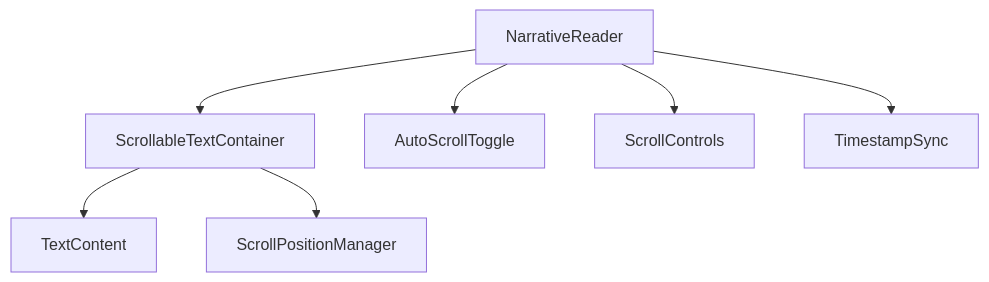
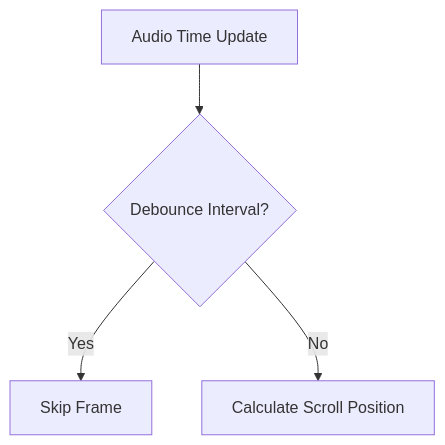
Before and after one commit to elsinore24/digitalhorizon2.3: the diagram in narrative-scroll-implementation-plan.md, drawn with Mermaid. The commit also changed other lines of this file and 2 other files, not shown here.

````diff
--- a/narrative-scroll-implementation-plan.md
+++ b/narrative-scroll-implementation-plan.md
@@ -10,9 +12,6 @@
 ```mermaid
 graph TD
-    A[NarrativeReader] --> B[ScrollableTextContainer]
-    A --> C[AutoScrollToggle]
-    A --> D[ScrollControls]
-    B --> E[TextContent]
-    B --> F[ScrollPositionManager]
-    A --> G[TimestampSync]
+    A[Audio Time Update] --> B{Debounce Interval?}
+    B -->|Yes| C[Skip Frame]
+    B -->|No| D[Calculate Scroll Position]
 ```
````
